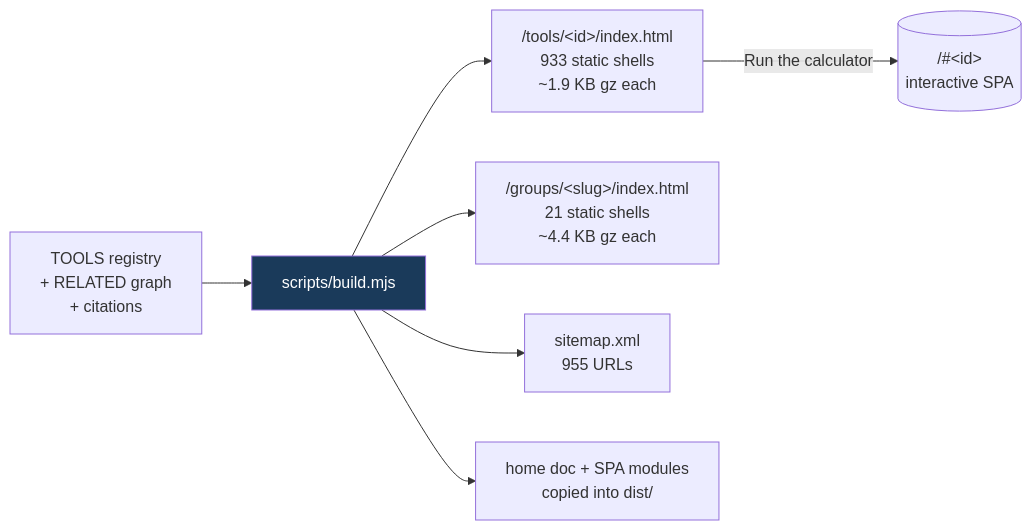
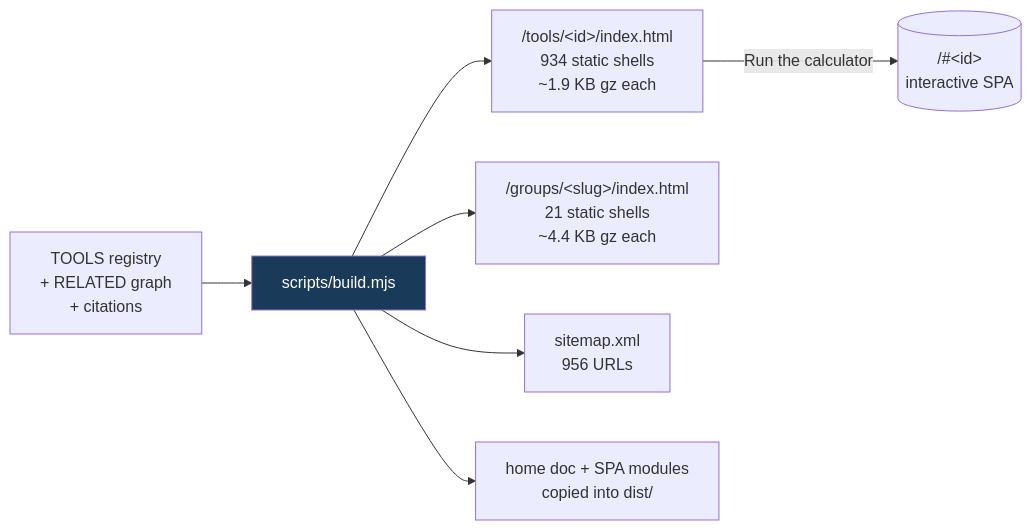
Before and after one commit to clay-good/roughlogic.com: the fifth of 8 diagrams in README.md, drawn with Mermaid. The commit also changed other lines of this file and 17 other files, not shown here.

````diff
--- a/README.md
+++ b/README.md
@@ -495,10 +495,10 @@
 ```mermaid
 flowchart LR
     SRC[TOOLS registry\n+ RELATED graph\n+ citations] --> BUILD[scripts/build.mjs]
-    BUILD --> TILE["/tools/&lt;id&gt;/index.html\n933 static shells\n~1.9 KB gz each"]
+    BUILD --> TILE["/tools/&lt;id&gt;/index.html\n934 static shells\n~1.9 KB gz each"]
     BUILD --> GROUP["/groups/&lt;slug&gt;/index.html\n21 static shells\n~4.4 KB gz each"]
-    BUILD --> MAP["sitemap.xml\n955 URLs"]
+    BUILD --> MAP["sitemap.xml\n956 URLs"]
     BUILD --> COPY[home doc + SPA modules\ncopied into dist/]
     TILE -->|Run the calculator| SPA[("/#&lt;id&gt;\ninteractive SPA")]
     style BUILD fill:#1a3a5a,color:#fff
 ```
````
